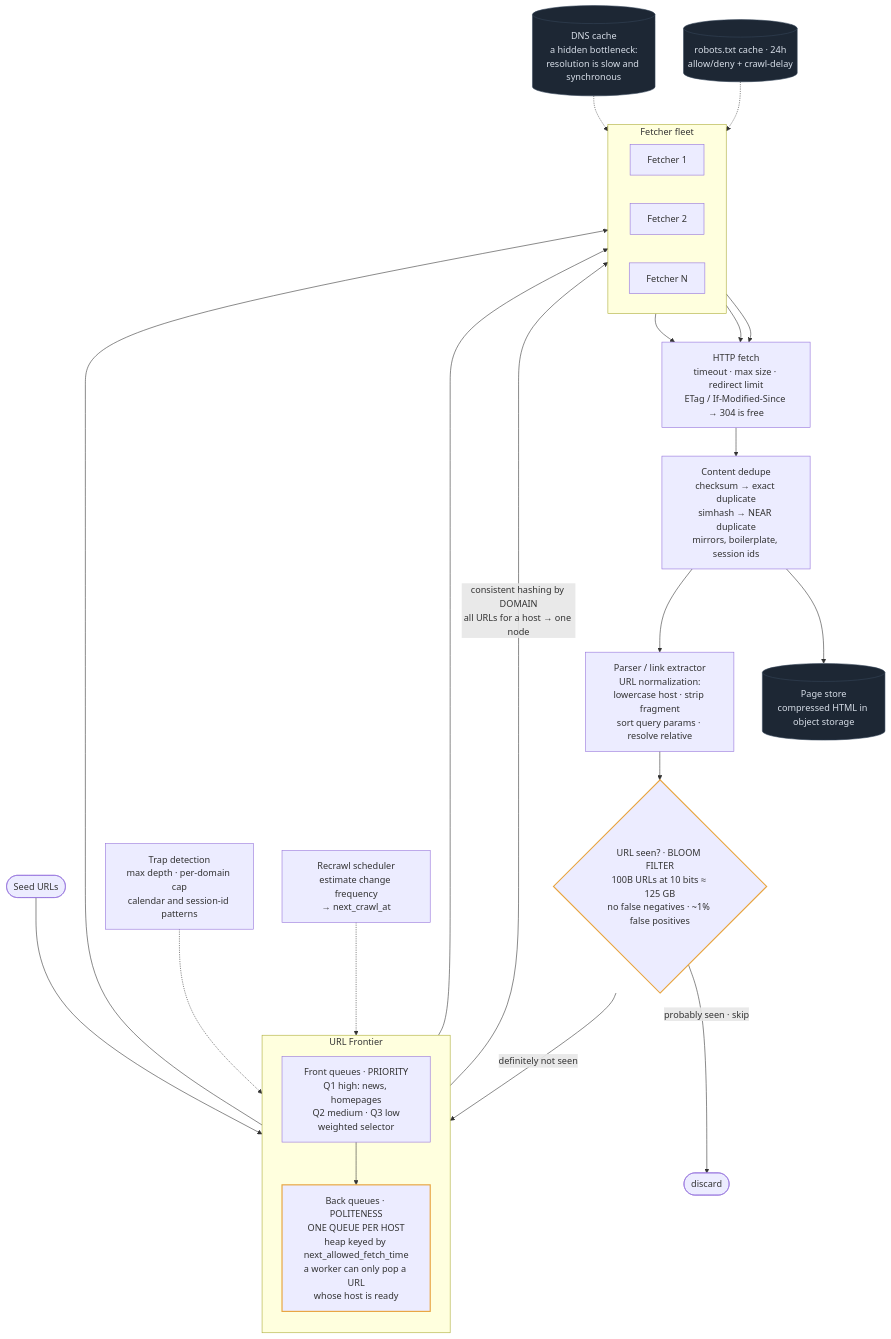
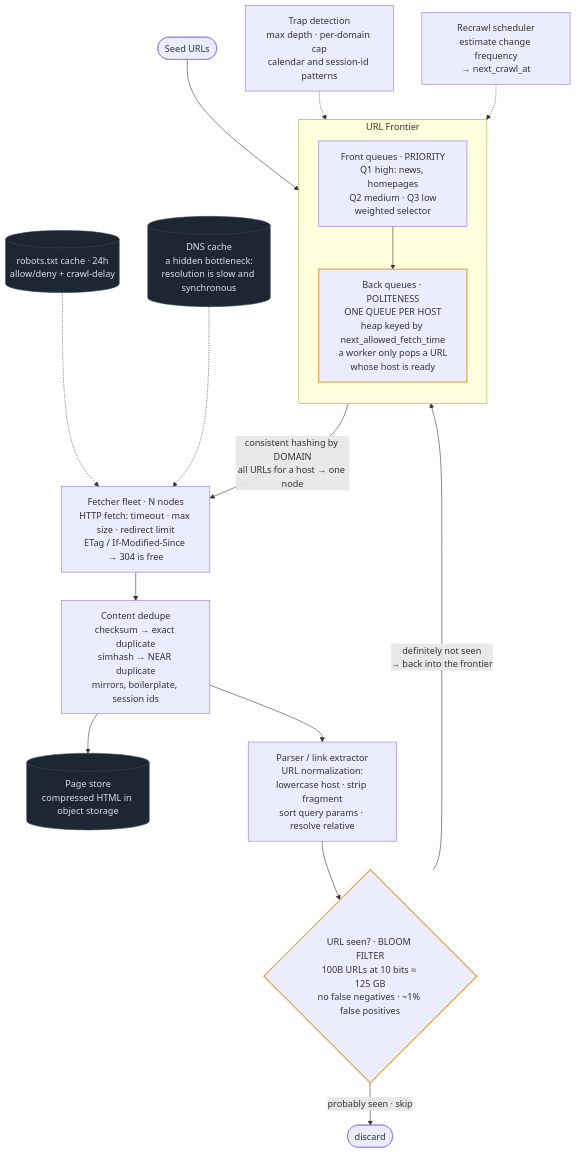
The diagram in content/designs/09-web-crawler.md (mertkahyaoglu/atlas), drawn with Mermaid before and after one commit. The commit also changed other lines of this file and 27 other files, not shown here.

First line of the commit message:
Diagram tooltips, design frontmatter panels, clearer architecture diagrams

````diff
--- a/content/designs/09-web-crawler.md
+++ b/content/designs/09-web-crawler.md
@@ -74,48 +120,37 @@
 ```mermaid
 flowchart TB
     Seeds([Seed URLs]) --> Front
 
     subgraph FRONTIER ["URL Frontier"]
         direction TB
         Front["Front queues · PRIORITY<br/>Q1 high: news, homepages<br/>Q2 medium · Q3 low<br/>weighted selector"]
-        Back["Back queues · POLITENESS<br/>ONE QUEUE PER HOST<br/>heap keyed by next_allowed_fetch_time<br/>a worker can only pop a URL<br/>whose host is ready"]
+        Back["Back queues · POLITENESS<br/>ONE QUEUE PER HOST<br/>heap keyed by next_allowed_fetch_time<br/>a worker only pops a URL<br/>whose host is ready"]
         Front --> Back
     end
-
-    subgraph FETCH ["Fetcher fleet"]
-        direction LR
-        F1[Fetcher 1]
-        F2[Fetcher 2]
-        F3[Fetcher N]
-    end
-
-    Back -- "consistent hashing by DOMAIN<br/>all URLs for a host → one node" --> F1
-    Back --> F2
-    Back --> F3
-
-    Robots[("robots.txt cache · 24h<br/>allow/deny + crawl-delay")] -.-> F1
-    DNS[("DNS cache<br/>a hidden bottleneck:<br/>resolution is slow and synchronous")] -.-> F1
-
-    F1 --> HTTP["HTTP fetch<br/>timeout · max size · redirect limit<br/>ETag / If-Modified-Since → 304 is free"]
-    F2 --> HTTP
-    F3 --> HTTP
-
-    HTTP --> Dedupe["Content dedupe<br/>checksum → exact duplicate<br/>simhash → NEAR duplicate<br/>mirrors, boilerplate, session ids"]
-    Dedupe --> PageStore[("Page store<br/>compressed HTML in object storage")]
-    Dedupe --> Parser
-
-    Parser["Parser / link extractor<br/>URL normalization:<br/>lowercase host · strip fragment<br/>sort query params · resolve relative"]
-    Parser --> Bloom
-
-    Bloom{"URL seen? · BLOOM FILTER<br/>100B URLs at 10 bits ≈ 125 GB<br/>no false negatives · ~1% false positives"}
-    Bloom -- "definitely not seen" --> Front
-    Bloom -- "probably seen · skip" --> Drop([discard])
-
     Traps["Trap detection<br/>max depth · per-domain cap<br/>calendar and session-id patterns"] -.-> Front
     Recrawl["Recrawl scheduler<br/>estimate change frequency<br/>→ next_crawl_at"] -.-> Front
+
+    Back -- "consistent hashing by DOMAIN<br/>all URLs for a host → one node" --> Fetchers
+    Fetchers["Fetcher fleet · N nodes<br/>HTTP fetch: timeout · max size · redirect limit<br/>ETag / If-Modified-Since → 304 is free"]
+    Robots[("robots.txt cache · 24h<br/>allow/deny + crawl-delay")] -.-> Fetchers
+    DNS[("DNS cache<br/>a hidden bottleneck:<br/>resolution is slow and synchronous")] -.-> Fetchers
+
+    Fetchers --> Dedupe["Content dedupe<br/>checksum → exact duplicate<br/>simhash → NEAR duplicate<br/>mirrors, boilerplate, session ids"]
+    Dedupe --> PageStore[("Page store<br/>compressed HTML in object storage")]
+    Dedupe --> Parser["Parser / link extractor<br/>URL normalization:<br/>lowercase host · strip fragment<br/>sort query params · resolve relative"]
+
+    Parser --> Bloom{"URL seen? · BLOOM FILTER<br/>100B URLs at 10 bits ≈ 125 GB<br/>no false negatives · ~1% false positives"}
+    Bloom -- "probably seen · skip" --> Drop([discard])
+    Bloom -- "definitely not seen<br/>→ back into the frontier" --> Front
 
     classDef store fill:#1d2734,stroke:#35455a,color:#d7dee8
     classDef hot stroke:#e8a33d,stroke-width:2px
     class Robots,DNS,PageStore store
     class Bloom,Back hot
+
+    click Back href "/docs/05-async-messaging-and-event-driven" "Role: one queue per host, so no site is fetched faster than politeness allows.<br/>Trade-off: slow hosts cap throughput, and the number of queues grows with hosts."
+    click Robots href "/docs/04-caching" "Role: avoids refetching robots.txt before every page.<br/>Trade-off: rule changes are picked up as much as 24h late."
+    click DNS href "/docs/04-caching" "Role: skips slow, synchronous DNS lookups for hosts already seen.<br/>Trade-off: stale IPs after a site moves."
+    click PageStore href "/docs/09-specialized-building-blocks" "Role: compressed page bodies in cheap blob storage.<br/>Trade-off: bulk storage that isn't queryable, so metadata lives elsewhere."
+    click Bloom href "/docs/09-specialized-building-blocks" "Role: checks 100B URLs in memory to skip ones already crawled.<br/>Trade-off: about 1% false positives, so some genuinely new URLs are skipped."
 ```
````
